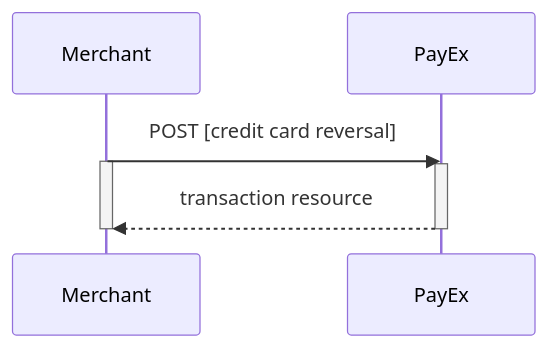
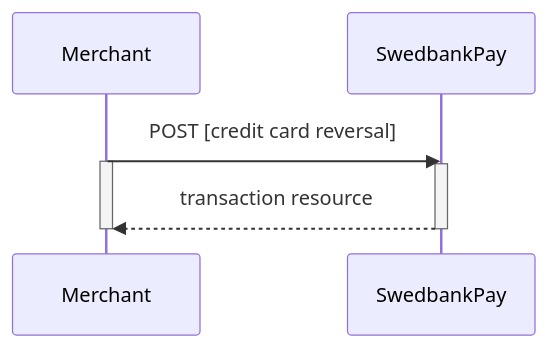
Before and after one commit to SwedbankPay/developer.swedbankpay.com: the seventh of 10 diagrams in payments/credit-card/after-payment.md, drawn with Mermaid. The commit also changed other lines of this file and 3 other files, not shown here.

````diff
--- a/payments/credit-card/after-payment.md
+++ b/payments/credit-card/after-payment.md
@@ -667,9 +667,9 @@
 ```mermaid
 sequenceDiagram
-  Merchant->>PayEx: POST [credit card reversal]
+  Merchant->>SwedbankPay: POST [credit card reversal]
   Activate Merchant
-  Activate PayEx
-  PayEx-->>Merchant: transaction resource
-  Deactivate PayEx
+  Activate SwedbankPay
+  SwedbankPay-->>Merchant: transaction resource
+  Deactivate SwedbankPay
   Deactivate Merchant
 ```
````
